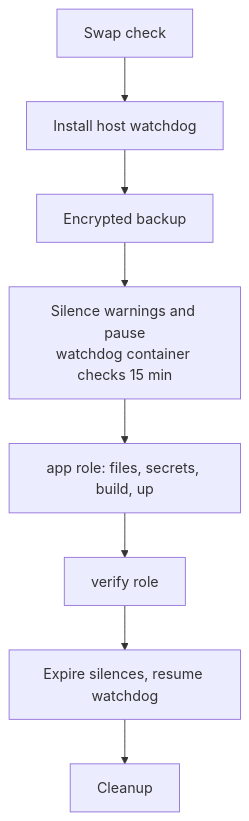
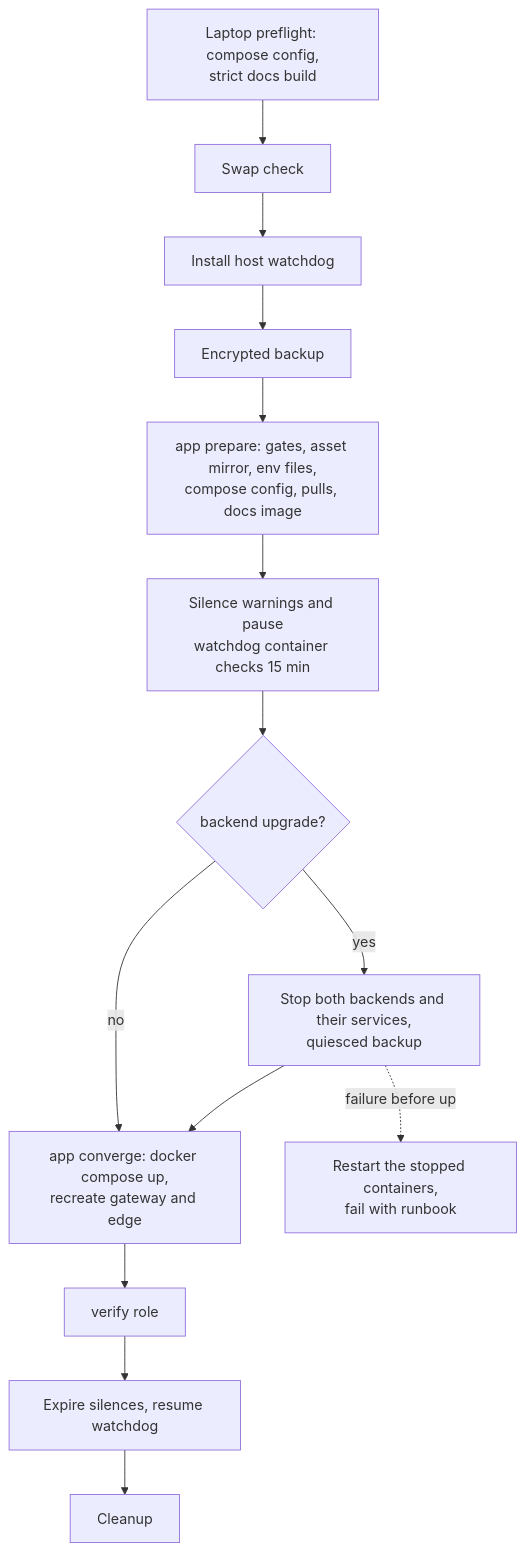
One commit to slawekradzyminski/awesome-localstack changed the diagram in docs-site/docs/operations/production.md. Above: the diagram before and after it, drawn with Mermaid. The commit also changed other lines of this file and 23 other files, not shown here.

First line of the commit message:
Harden the deploy: mirror asset directories, prepare before the quiesce, rescue (#93)

````diff
--- a/docs-site/docs/operations/production.md
+++ b/docs-site/docs/operations/production.md
@@ -24,10 +25,16 @@
 ```mermaid
 flowchart TB
-    A[Swap check] --> W[Install host watchdog]
+    P[Laptop preflight: compose config,<br/>strict docs build] --> A[Swap check]
+    A --> W[Install host watchdog]
     W --> B[Encrypted backup]
-    B --> C[Silence warnings and pause<br/>watchdog container checks 15 min]
-    C --> D[app role: files, secrets, build, up]
+    B --> R[app prepare: gates, asset mirror, env files,<br/>compose config, pulls, docs image]
+    R --> C[Silence warnings and pause<br/>watchdog container checks 15 min]
+    C --> Q{backend upgrade?}
+    Q -- yes --> S[Stop both backends and their services,<br/>quiesced backup]
+    Q -- no --> D
+    S --> D[app converge: docker compose up,<br/>recreate gateway and edge]
     D --> E[verify role]
     E --> F[Expire silences, resume watchdog]
     F --> G[Cleanup]
+    S -. failure before up .-> X[Restart the stopped containers,<br/>fail with runbook]
 ```
````
